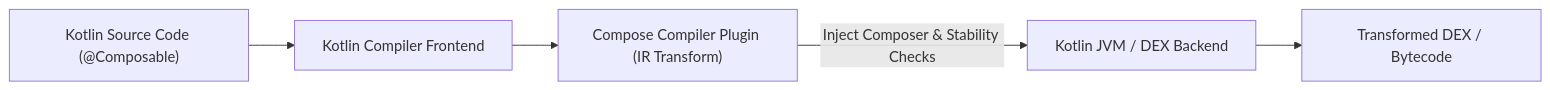
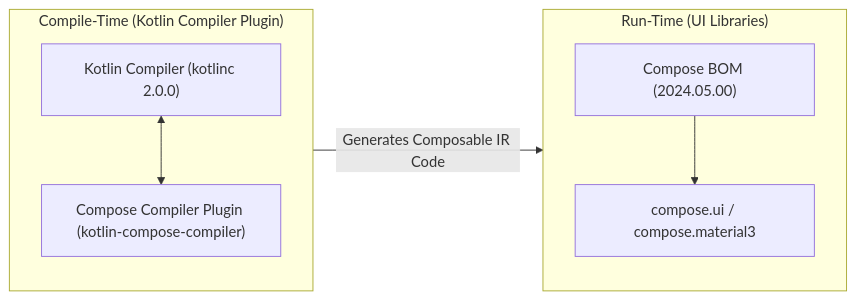
Before and after one commit to youngmin-gwon/what-i-studied: the diagram in 01_inbox/mobile/android/03_packaging_deployment/build/dependency-versioning/dependency-ci-contracts/compose-compiler-belongs-to-kotlin-compiler-flow-not-bom.md, drawn with Mermaid. The commit also changed other lines of this file and 134 other files, not shown here.

````diff
--- a/01_inbox/mobile/android/03_packaging_deployment/build/dependency-versioning/dependency-ci-contracts/compose-compiler-belongs-to-kotlin-compiler-flow-not-bom.md
+++ b/01_inbox/mobile/android/03_packaging_deployment/build/dependency-versioning/dependency-ci-contracts/compose-compiler-belongs-to-kotlin-compiler-flow-not-bom.md
@@ -19,7 +26,12 @@
 ```mermaid
 flowchart LR
-    Source["Kotlin Source Code (@Composable)"] --> Frontend["Kotlin Compiler Frontend"]
-    Frontend --> ComposePlugin["Compose Compiler Plugin (IR Transform)"]
-    ComposePlugin -->|Inject Composer & Stability Checks| Backend["Kotlin JVM / DEX Backend"]
-    Backend --> Bytecode["Transformed DEX / Bytecode"]
+    subgraph CompileTime ["Compile-Time (Kotlin Compiler Plugin)"]
+        Kotlinc["Kotlin Compiler (kotlinc 2.0.0)"] <--> ComposePlugin["Compose Compiler Plugin (kotlin-compose-compiler)"]
+    end
+
+    subgraph RunTime ["Run-Time (UI Libraries)"]
+        ComposeBOM["Compose BOM (2024.05.00)"] --> UILibs["compose.ui / compose.material3"]
+    end
+
+    CompileTime -->|Generates Composable IR Code| RunTime
 ```
````
